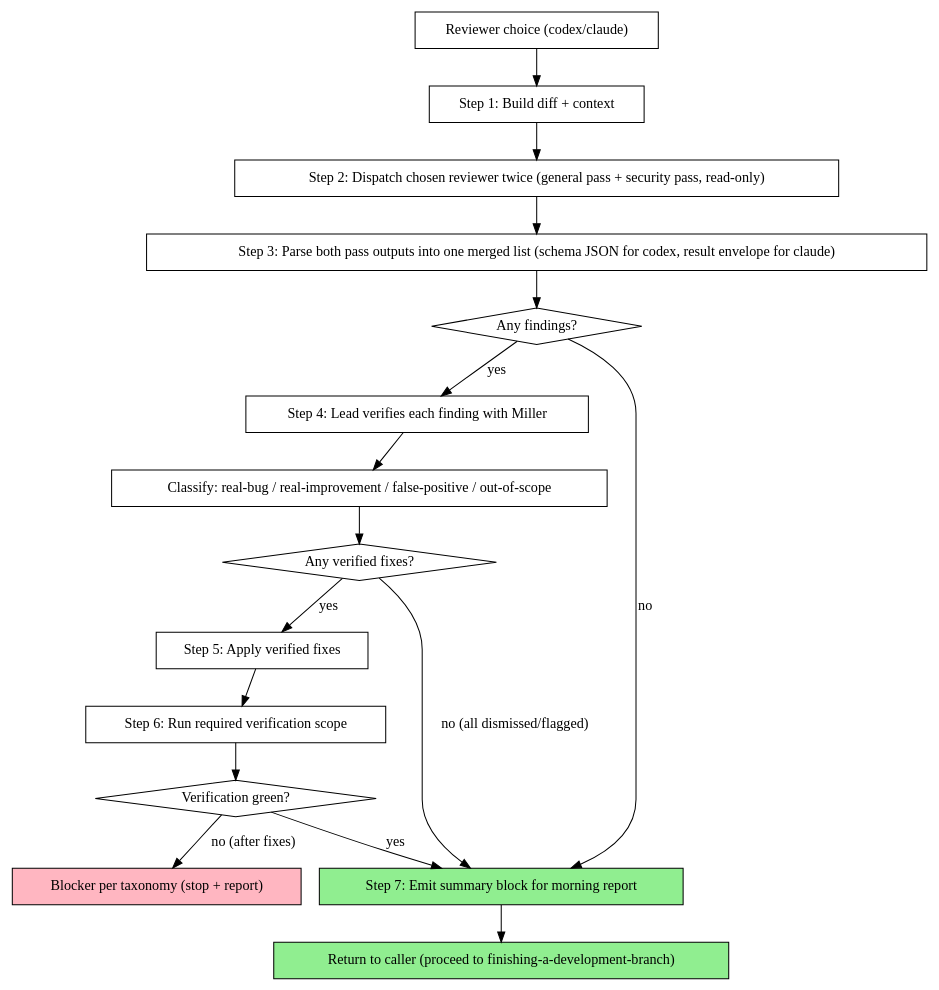
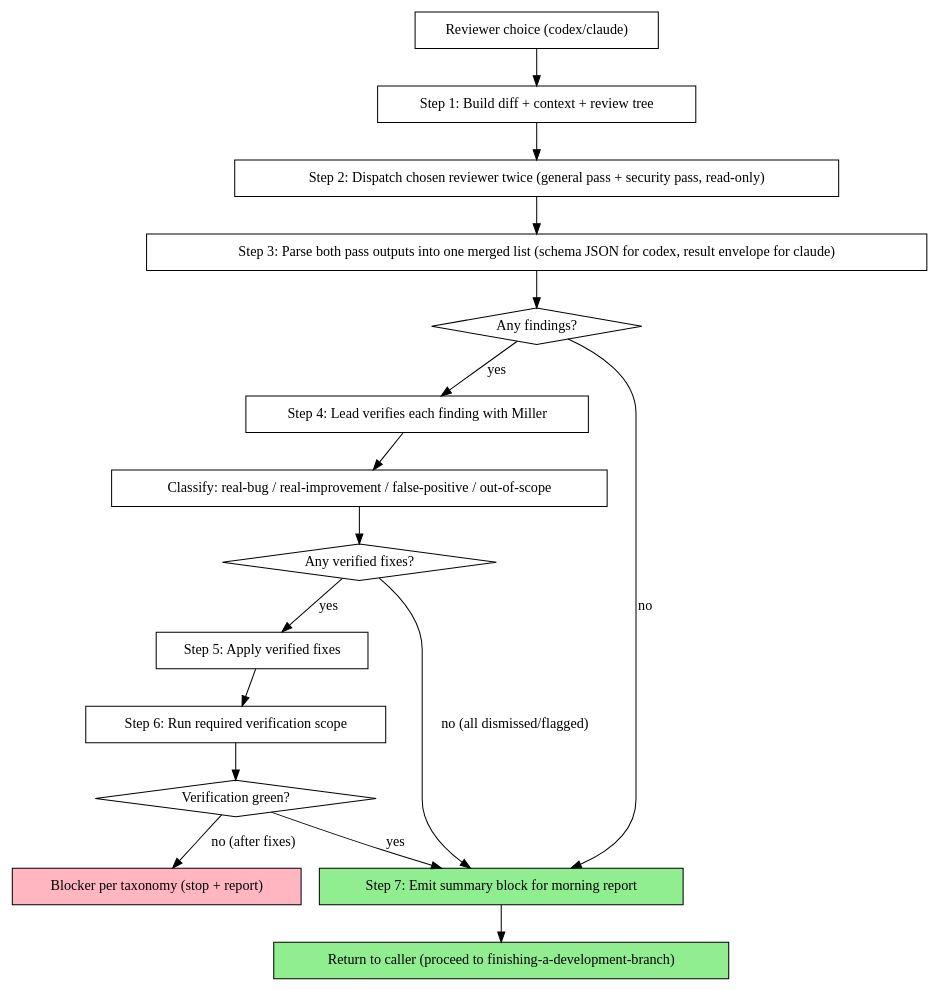
Before and after one commit to anortham/razorback: the diagram in skills/pre-merge-review/SKILL.md, drawn with Graphviz. The commit also changed other lines of this file and 6 other files, not shown here.

````diff
--- a/skills/pre-merge-review/SKILL.md
+++ b/skills/pre-merge-review/SKILL.md
@@ -56,36 +58,36 @@
 ```dot
 digraph pre_merge_review {
     rankdir=TB;
 
     "Reviewer choice (codex/claude)" [shape=box];
-    "Step 1: Build diff + context" [shape=box];
+    "Step 1: Build diff + context + review tree" [shape=box];
     "Step 2: Dispatch chosen reviewer twice (general pass + security pass, read-only)" [shape=box];
     "Step 3: Parse both pass outputs into one merged list (schema JSON for codex, result envelope for claude)" [shape=box];
     "Any findings?" [shape=diamond];
     "Step 4: Lead verifies each finding with Miller" [shape=box];
     "Classify: real-bug / real-improvement / false-positive / out-of-scope" [shape=box];
     "Any verified fixes?" [shape=diamond];
     "Step 5: Apply verified fixes" [shape=box];
     "Step 6: Run required verification scope" [shape=box];
     "Verification green?" [shape=diamond];
     "Step 7: Emit summary block for morning report" [shape=box style=filled fillcolor=lightgreen];
     "Return to caller (proceed to finishing-a-development-branch)" [shape=box style=filled fillcolor=lightgreen];
     "Blocker per taxonomy (stop + report)" [shape=box style=filled fillcolor=lightpink];
 
-    "Reviewer choice (codex/claude)" -> "Step 1: Build diff + context";
-    "Step 1: Build diff + context" -> "Step 2: Dispatch chosen reviewer twice (general pass + security pass, read-only)";
+    "Reviewer choice (codex/claude)" -> "Step 1: Build diff + context + review tree";
+    "Step 1: Build diff + context + review tree" -> "Step 2: Dispatch chosen reviewer twice (general pass + security pass, read-only)";
     "Step 2: Dispatch chosen reviewer twice (general pass + security pass, read-only)" -> "Step 3: Parse both pass outputs into one merged list (schema JSON for codex, result envelope for claude)";
     "Step 3: Parse both pass outputs into one merged list (schema JSON for codex, result envelope for claude)" -> "Any findings?";
     "Any findings?" -> "Step 7: Emit summary block for morning report" [label="no"];
     "Any findings?" -> "Step 4: Lead verifies each finding with Miller" [label="yes"];
     "Step 4: Lead verifies each finding with Miller" -> "Classify: real-bug / real-improvement / false-positive / out-of-scope";
     "Classify: real-bug / real-improvement / false-positive / out-of-scope" -> "Any verified fixes?";
     "Any verified fixes?" -> "Step 7: Emit summary block for morning report" [label="no (all dismissed/flagged)"];
     "Any verified fixes?" -> "Step 5: Apply verified fixes" [label="yes"];
     "Step 5: Apply verified fixes" -> "Step 6: Run required verification scope";
     "Step 6: Run required verification scope" -> "Verification green?";
     "Verification green?" -> "Step 7: Emit summary block for morning report" [label="yes"];
     "Verification green?" -> "Blocker per taxonomy (stop + report)" [label="no (after fixes)"];
     "Step 7: Emit summary block for morning report" -> "Return to caller (proceed to finishing-a-development-branch)";
 }
 ```
````
